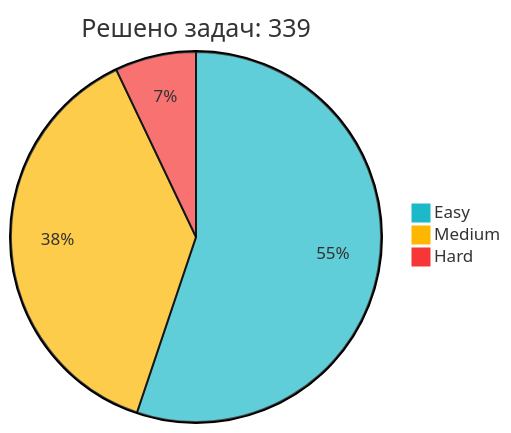
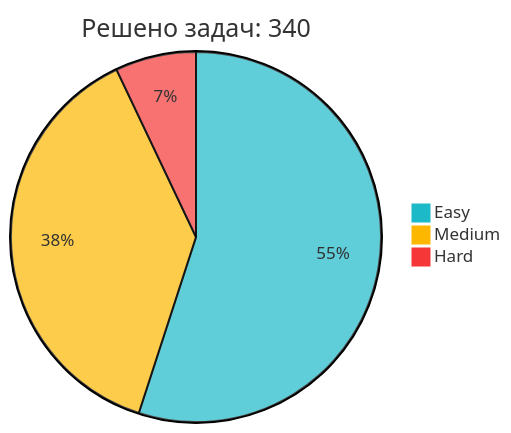
The diagram in README.md (IliaKurdukov/IliaKurdukov), drawn with Mermaid before and after one commit. The commit also changed other lines of this file, not shown here.

Commit message:
📈 Обновление статистики LeetCode

````diff
--- a/README.md
+++ b/README.md
@@ -51,7 +51,7 @@
 ```mermaid
 %%{init: {'theme': 'base', 'themeVariables': { 'pie1': '#1CBAC8', 'pie2': '#FEB700', 'pie3': '#F63737' }, 'config': {'width': 300, 'height': 200}}}%%
-pie title Решено задач: 339
+pie title Решено задач: 340
    "Easy" : 187
-   "Medium" : 128
+   "Medium" : 129
    "Hard" : 24
 ```
````
